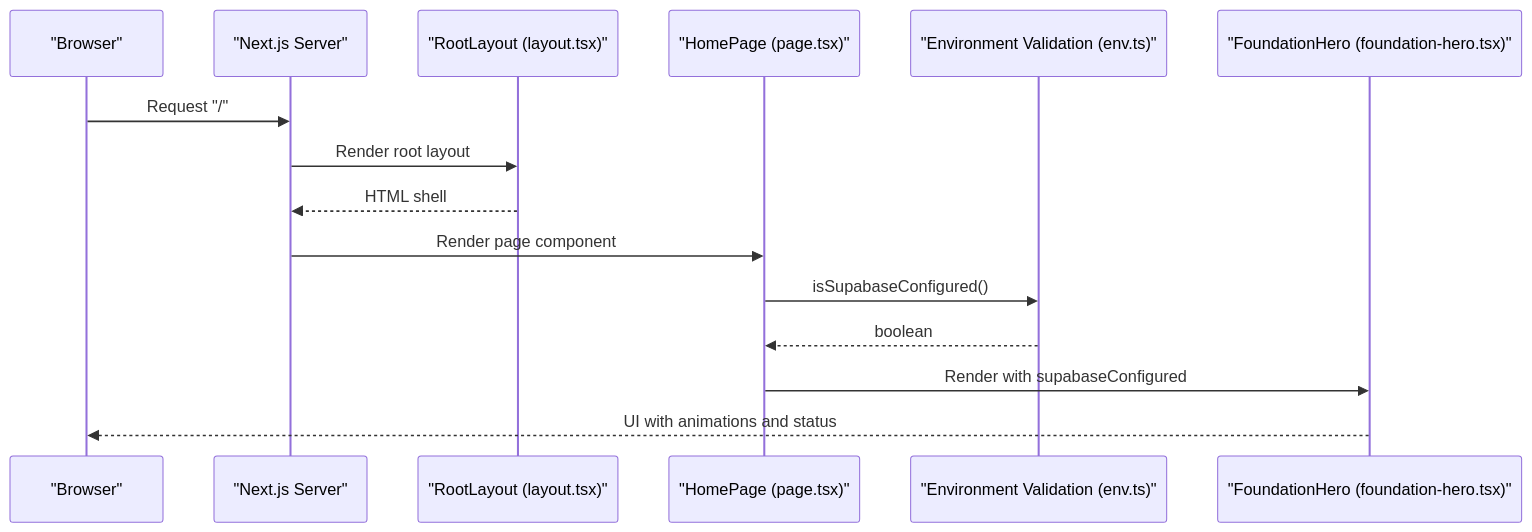
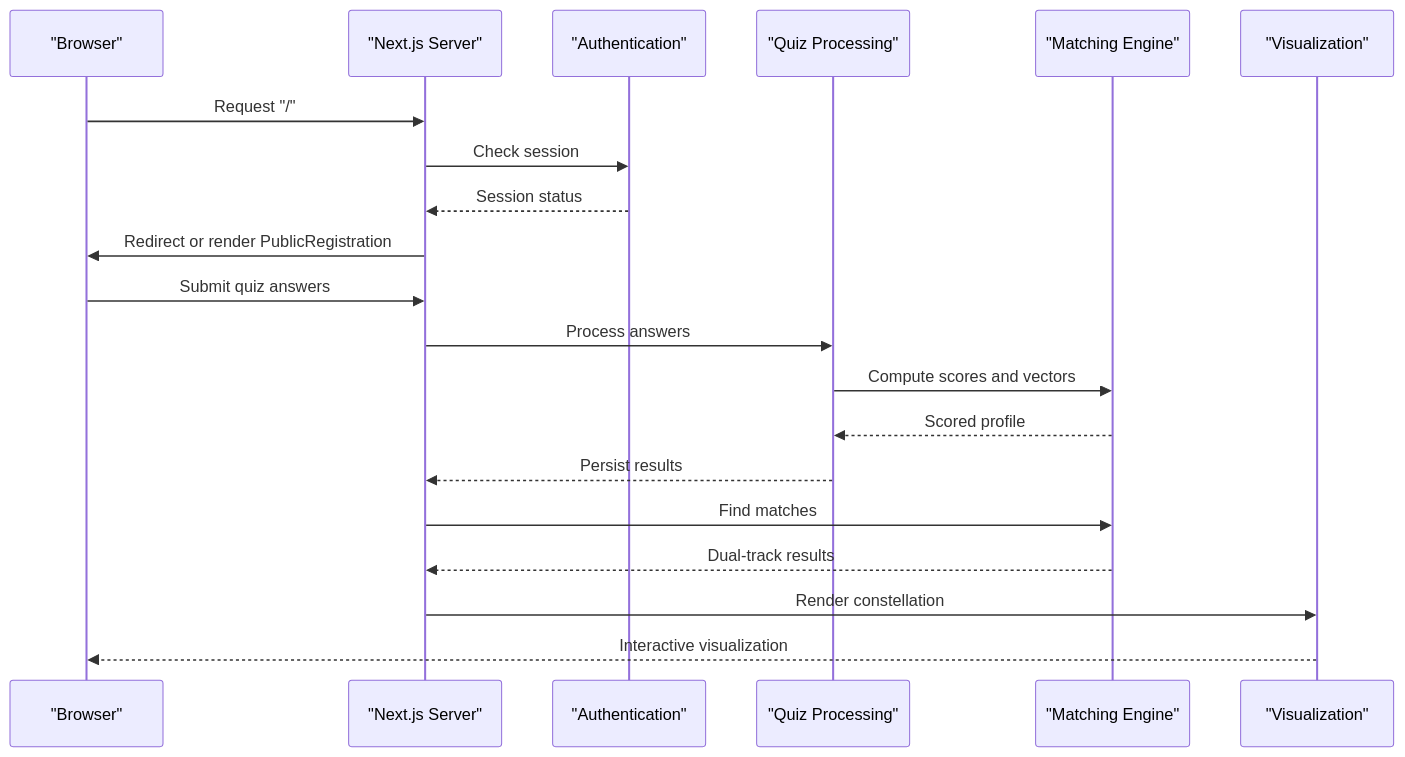
One commit to AmeliaDi/ProyectoENESZooMatch changed the second of 8 diagrams in .qoder/repowiki/en/content/Architecture Overview/Architecture Overview.md. Above: the diagram before and after it, drawn with Mermaid. The commit also changed other lines of this file and 50 other files, not shown here.

````diff
--- a/.qoder/repowiki/en/content/Architecture Overview/Architecture Overview.md
+++ b/.qoder/repowiki/en/content/Architecture Overview/Architecture Overview.md
@@ -121,17 +166,22 @@
 ```mermaid
 sequenceDiagram
 participant Browser as "Browser"
 participant Next as "Next.js Server"
-participant Layout as "RootLayout (layout.tsx)"
-participant Page as "HomePage (page.tsx)"
-participant Env as "Environment Validation (env.ts)"
-participant Hero as "FoundationHero (foundation-hero.tsx)"
+participant Auth as "Authentication"
+participant Quiz as "Quiz Processing"
+participant Match as "Matching Engine"
+participant Viz as "Visualization"
 Browser->>Next : Request "/"
-Next->>Layout : Render root layout
-Layout-->>Next : HTML shell
-Next->>Page : Render page component
-Page->>Env : isSupabaseConfigured()
-Env-->>Page : boolean
-Page->>Hero : Render with supabaseConfigured
-Hero-->>Browser : UI with animations and status
+Next->>Auth : Check session
+Auth-->>Next : Session status
+Next->>Browser : Redirect or render PublicRegistration
+Browser->>Next : Submit quiz answers
+Next->>Quiz : Process answers
+Quiz->>Match : Compute scores and vectors
+Match-->>Quiz : Scored profile
+Quiz-->>Next : Persist results
+Next->>Match : Find matches
+Match-->>Next : Dual-track results
+Next->>Viz : Render constellation
+Viz-->>Browser : Interactive visualization
 ```
````
